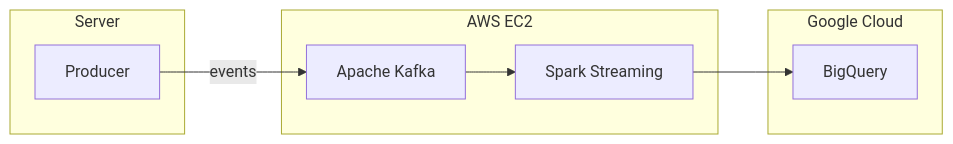
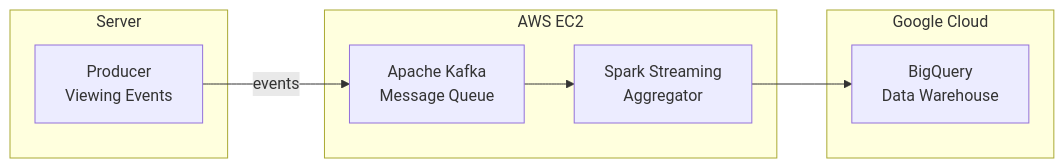
Before and after one commit to yuhansun33/Global-Content-Trending-Analysis-Platform: the first of 4 diagrams in README.md, drawn with Mermaid.

Commit message:
docs: update README architecture diagram

````diff
--- a/README.md
+++ b/README.md
@@ -7,19 +7,23 @@
 ```mermaid
 flowchart LR
     subgraph On-Premise["Server"]
-        Producer[Producer]
+        Producer["Producer
+        Viewing Events"]
     end
 
     subgraph AWS["AWS EC2"]
-        Kafka[Apache Kafka]
-        Spark[Spark Streaming]
+        Kafka["Apache Kafka
+        Message Queue"]
+        Spark["Spark Streaming
+        Aggregator"]
     end
 
     subgraph GCP["Google Cloud"]
-        BigQuery[BigQuery]
+        BigQuery["BigQuery
+        Data Warehouse"]
     end
 
     Producer -->|events| Kafka
     Kafka --> Spark
     Spark --> BigQuery
 ```
````
